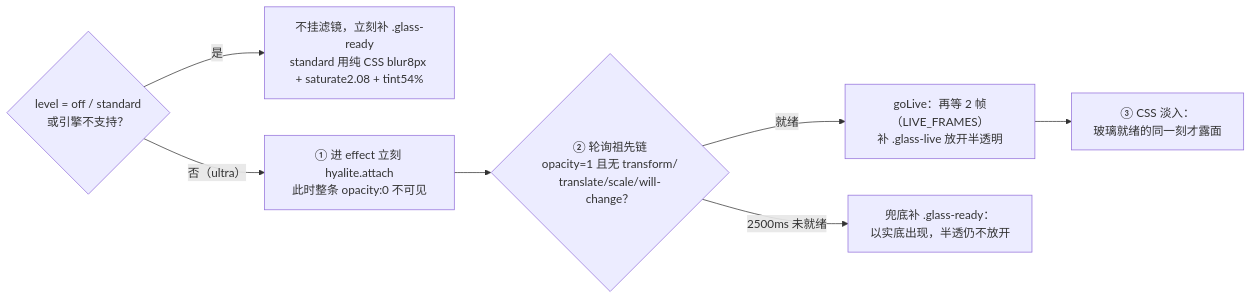
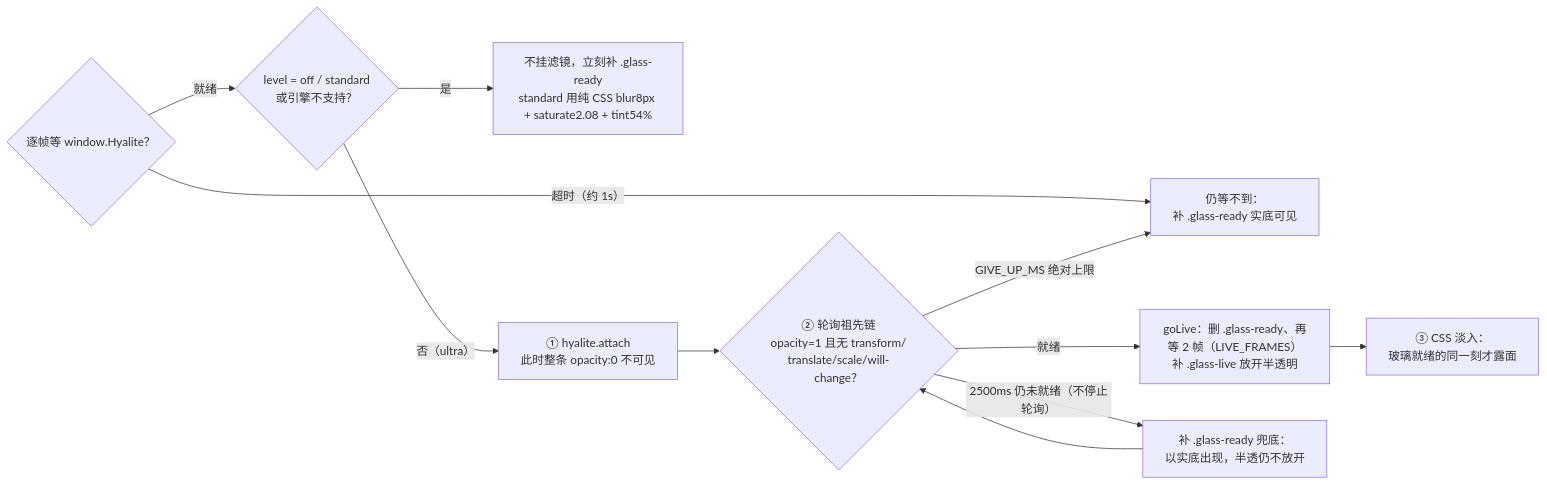
Before and after one commit to ikliml666/Wxxy-CampusLogin: the fourth of 4 diagrams in .codewiki/modules/android-frontend-utilities-libraries.md, drawn with Mermaid. The commit also changed other lines of this file and 3 other files, not shown here.

````diff
--- a/.codewiki/modules/android-frontend-utilities-libraries.md
+++ b/.codewiki/modules/android-frontend-utilities-libraries.md
@@ -219,9 +221,13 @@
 ```mermaid
 flowchart LR
-    S{"level = off / standard<br/>或引擎不支持？"} -- 是 --> R["不挂滤镜，立刻补 .glass-ready<br/>standard 用纯 CSS blur8px + saturate2.08 + tint54%"]
-    S -- 否（ultra） --> A["① 进 effect 立刻 hyalite.attach<br/>此时整条 opacity:0 不可见"]
+    W{"逐帧等 window.Hyalite？"} -- "超时（约 1s）" --> D0["仍等不到：<br/>补 .glass-ready 实底可见"]
+    W -- "就绪" --> S{"level = off / standard<br/>或引擎不支持？"}
+    S -- "是" --> R["不挂滤镜，立刻补 .glass-ready<br/>standard 用纯 CSS blur8px + saturate2.08 + tint54%"]
+    S -- "否（ultra）" --> A["① hyalite.attach<br/>此时整条 opacity:0 不可见"]
     A --> B{"② 轮询祖先链<br/>opacity=1 且无 transform/<br/>translate/scale/will-change？"}
-    B -- 就绪 --> C["goLive：再等 2 帧（LIVE_FRAMES）<br/>补 .glass-live 放开半透明"]
-    B -- 2500ms 未就绪 --> D["兜底补 .glass-ready：<br/>以实底出现，半透仍不放开"]
+    B -- "就绪" --> C["goLive：删 .glass-ready、再等 2 帧（LIVE_FRAMES）<br/>补 .glass-live 放开半透明"]
+    B -- "2500ms 仍未就绪（不停止轮询）" --> D["补 .glass-ready 兜底：<br/>以实底出现，半透仍不放开"]
+    D --> B
+    B -- "GIVE_UP_MS 绝对上限" --> D0
     C --> E["③ CSS 淡入：<br/>玻璃就绪的同一刻才露面"]
 ```
````
